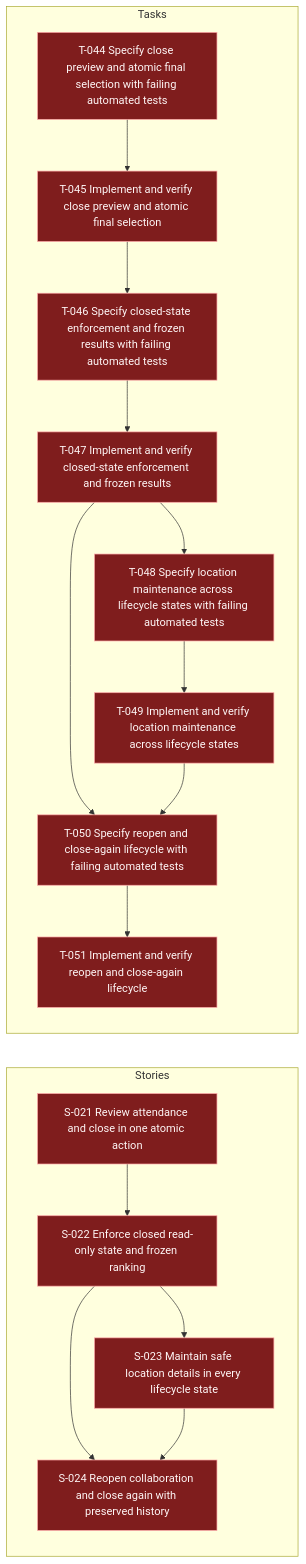
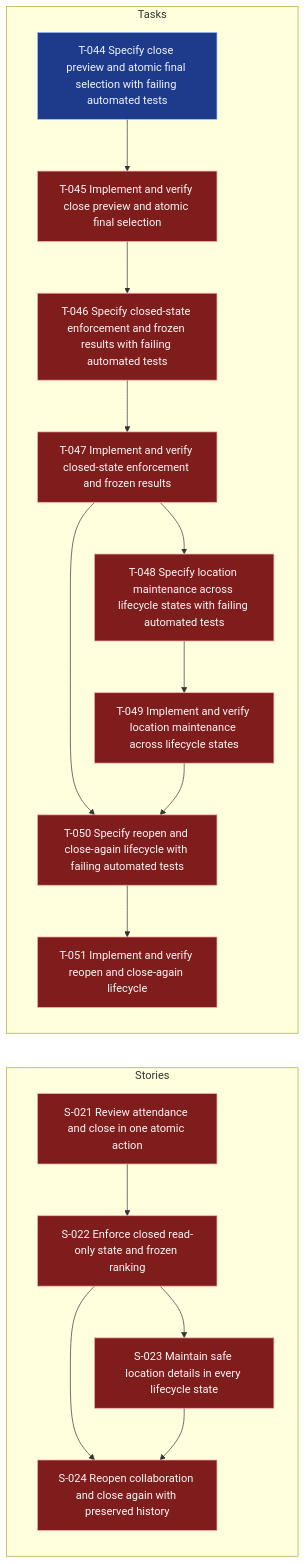
The diagram in .worktracker/graphs/E-007.mmd (andybalham/invite-agent), drawn with Mermaid before and after one commit. The commit also changed 31 other files, not shown here.

```diff
--- a/.worktracker/graphs/E-007.mmd
+++ b/.worktracker/graphs/E-007.mmd
@@ -1,46 +1,46 @@
 graph LR
   classDef done fill:#14532d,stroke:#86efac,color:#f0fdf4;
   classDef blocked fill:#7f1d1d,stroke:#fca5a5,color:#fff7f7;
   classDef inprogress fill:#78350f,stroke:#fbbf24,color:#fffbeb;
   classDef todo fill:#1e3a8a,stroke:#93c5fd,color:#eff6ff;
   classDef empty fill:#374151,stroke:#d1d5db,color:#f9fafb,stroke-dasharray: 3 3;
   subgraph Stories
     S021["S-021 Review attendance and close in one atomic action"]:::blocked
     S022["S-022 Enforce closed read-only state and frozen ranking"]:::blocked
     S023["S-023 Maintain safe location details in every lifecycle state"]:::blocked
     S024["S-024 Reopen collaboration and close again with preserved history"]:::blocked
     S021 --> S022
     S022 --> S023
     S022 --> S024
     S023 --> S024
   end
   subgraph Tasks
-    T044["T-044 Specify close preview and atomic final selection with failing automated tests"]:::blocked
+    T044["T-044 Specify close preview and atomic final selection with failing automated tests"]:::todo
     T045["T-045 Implement and verify close preview and atomic final selection"]:::blocked
     T046["T-046 Specify closed-state enforcement and frozen results with failing automated tests"]:::blocked
     T047["T-047 Implement and verify closed-state enforcement and frozen results"]:::blocked
     T048["T-048 Specify location maintenance across lifecycle states with failing automated tests"]:::blocked
     T049["T-049 Implement and verify location maintenance across lifecycle states"]:::blocked
     T050["T-050 Specify reopen and close-again lifecycle with failing automated tests"]:::blocked
     T051["T-051 Implement and verify reopen and close-again lifecycle"]:::blocked
     T044 --> T045
     T045 --> T046
     T046 --> T047
     T047 --> T048
     T047 --> T050
     T048 --> T049
     T049 --> T050
     T050 --> T051
   end
   click S021 "../entities/S-021-review-attendance-and-close-in-one-atomic-action.md"
   click S022 "../entities/S-022-enforce-closed-read-only-state-and-frozen-ranking.md"
   click S023 "../entities/S-023-maintain-safe-location-details-in-every-lifecycle-state.md"
   click S024 "../entities/S-024-reopen-collaboration-and-close-again-with-preserved-history.md"
   click T044 "../entities/T-044-specify-close-preview-and-atomic-final-selection-with-failing-automated-tests.md"
   click T045 "../entities/T-045-implement-and-verify-close-preview-and-atomic-final-selection.md"
   click T046 "../entities/T-046-specify-closed-state-enforcement-and-frozen-results-with-failing-automated-tests.md"
   click T047 "../entities/T-047-implement-and-verify-closed-state-enforcement-and-frozen-results.md"
   click T048 "../entities/T-048-specify-location-maintenance-across-lifecycle-states-with-failing-automated-tests.md"
   click T049 "../entities/T-049-implement-and-verify-location-maintenance-across-lifecycle-states.md"
   click T050 "../entities/T-050-specify-reopen-and-close-again-lifecycle-with-failing-automated-tests.md"
   click T051 "../entities/T-051-implement-and-verify-reopen-and-close-again-lifecycle.md"
```
